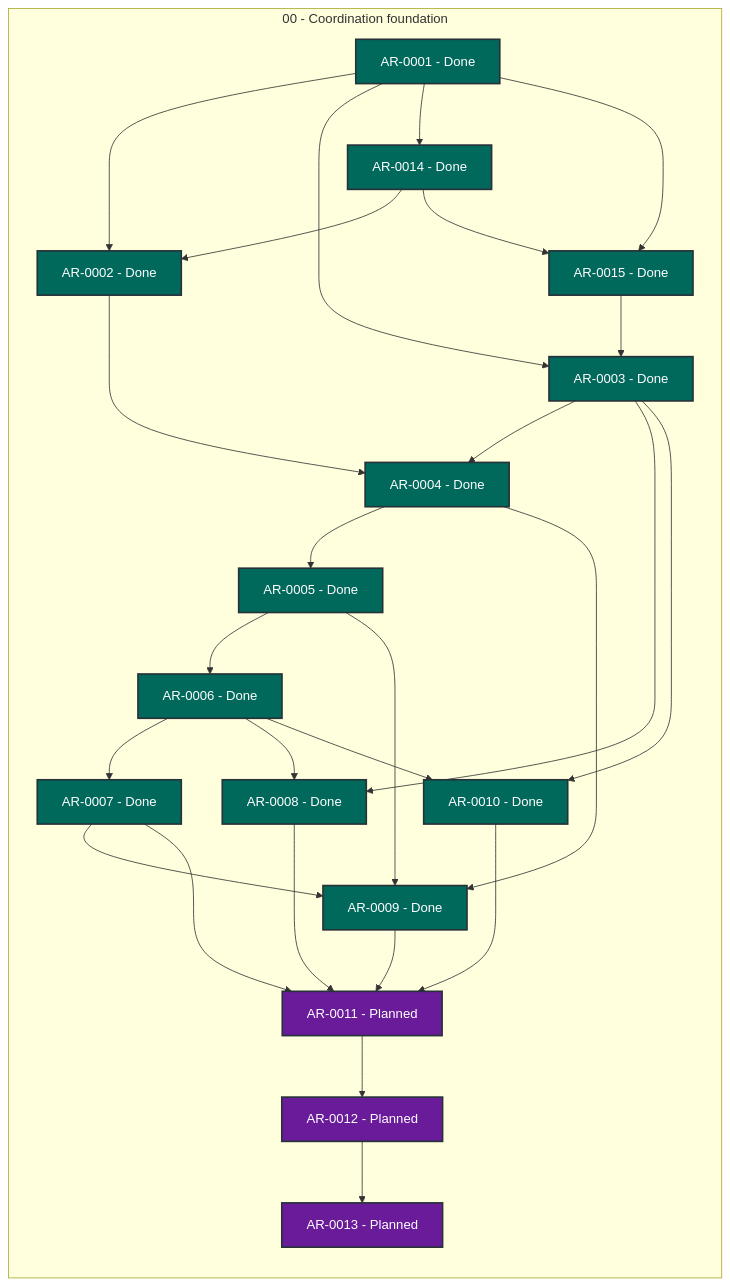
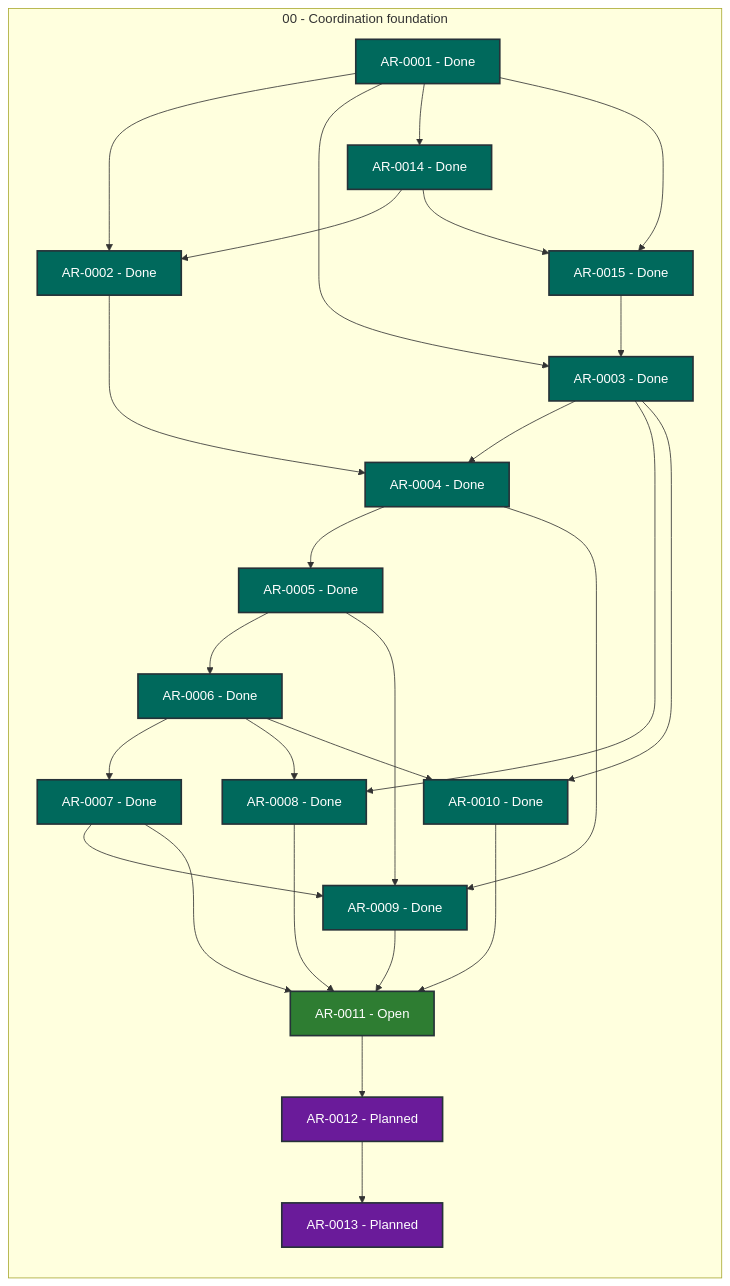
One commit to martin-beck/agent-workflow-tui-state changed the diagram in STATUS.md. Above: the diagram before and after it, drawn with Mermaid. The commit also changed other lines of this file and 2 other files, not shown here.

````diff
--- a/STATUS.md
+++ b/STATUS.md
@@ -27,54 +27,54 @@
 ```mermaid
 flowchart LR
     subgraph series_00["00 - Coordination foundation"]
         direction TB
         AR_0001["AR-0001 - Done"]:::status_done
         AR_0002["AR-0002 - Done"]:::status_done
         AR_0003["AR-0003 - Done"]:::status_done
         AR_0004["AR-0004 - Done"]:::status_done
         AR_0005["AR-0005 - Done"]:::status_done
         AR_0006["AR-0006 - Done"]:::status_done
         AR_0007["AR-0007 - Done"]:::status_done
         AR_0008["AR-0008 - Done"]:::status_done
         AR_0009["AR-0009 - Done"]:::status_done
         AR_0010["AR-0010 - Done"]:::status_done
-        AR_0011["AR-0011 - Planned"]:::status_planned
+        AR_0011["AR-0011 - Open"]:::status_open
         AR_0012["AR-0012 - Planned"]:::status_planned
         AR_0013["AR-0013 - Planned"]:::status_planned
         AR_0014["AR-0014 - Done"]:::status_done
         AR_0015["AR-0015 - Done"]:::status_done
     end
     AR_0001 --> AR_0002
     AR_0001 --> AR_0003
     AR_0001 --> AR_0014
     AR_0001 --> AR_0015
     AR_0002 --> AR_0004
     AR_0003 --> AR_0004
     AR_0003 --> AR_0008
     AR_0003 --> AR_0010
     AR_0004 --> AR_0005
     AR_0004 --> AR_0009
     AR_0005 --> AR_0006
     AR_0005 --> AR_0009
     AR_0006 --> AR_0007
     AR_0006 --> AR_0008
     AR_0006 --> AR_0010
     AR_0007 --> AR_0009
     AR_0007 --> AR_0011
     AR_0008 --> AR_0011
     AR_0009 --> AR_0011
     AR_0010 --> AR_0011
     AR_0011 --> AR_0012
     AR_0012 --> AR_0013
     AR_0014 --> AR_0002
     AR_0014 --> AR_0015
     AR_0015 --> AR_0003
     classDef status_in_progress fill:#1565c0,color:#ffffff,stroke:#263238,stroke-width:2px
     classDef status_open fill:#2e7d32,color:#ffffff,stroke:#263238,stroke-width:2px
     classDef status_blocked fill:#c62828,color:#ffffff,stroke:#263238,stroke-width:2px
     classDef status_planned fill:#6a1b9a,color:#ffffff,stroke:#263238,stroke-width:2px
     classDef status_future fill:#455a64,color:#ffffff,stroke:#263238,stroke-width:2px
     classDef status_done fill:#00695c,color:#ffffff,stroke:#263238,stroke-width:2px
     classDef status_cancelled fill:#616161,color:#ffffff,stroke:#263238,stroke-width:2px
     classDef status_superseded fill:#5d4037,color:#ffffff,stroke:#263238,stroke-width:2px
 ```
````
